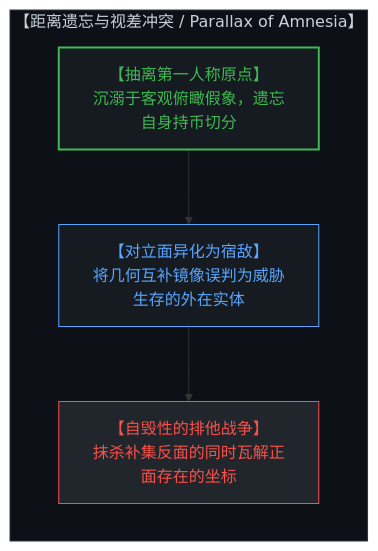
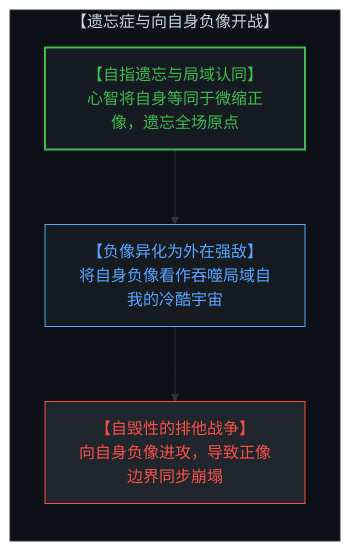
The fifth of 6 diagrams in content/posts/the-geometry-of-coexistence-and-the-dual-cut.md (powerpig99/not-a-toe), drawn with Mermaid before and after one commit. The commit also changed other lines of this file and 3 other files, not shown here.

````diff
--- a/content/posts/the-geometry-of-coexistence-and-the-dual-cut.md
+++ b/content/posts/the-geometry-of-coexistence-and-the-dual-cut.md
@@ -125,15 +125,15 @@
 ```mermaid
 graph TD
-    subgraph ParallaxAmnesia["【距离遗忘与视差冲突 / Parallax of Amnesia】"]
+    subgraph ParallaxAmnesia["【遗忘症与向自身负像开战】"]
         direction TB
-        DetachedAmnesia["【抽离第一人称原点】<br>沉溺于客观俯瞰假象，遗忘自身持币切分"]
-        AlienatedDual["【对立面异化为宿敌】<br>将几何互补镜像误判为威胁生存的外在实体"]
-        ZeroSumWar["【自毁性的排他战争】<br>抹杀补集反面的同时瓦解正面存在的坐标"]
+        DetachedAmnesia["【自指遗忘与局域认同】<br>心智将自身等同于微缩正像，遗忘全场原点"]
+        AlienatedDual["【负像异化为外在强敌】<br>将自身负像看作吞噬局域自我的冷酷宇宙"]
+        ZeroSumWar["【自毁性的排他战争】<br>向自身负像进攻，导致正像边界同步崩塌"]
         DetachedAmnesia --> AlienatedDual
         AlienatedDual --> ZeroSumWar
     end
     style ParallaxAmnesia fill:#0d1117,stroke:#30363d,stroke-width:1px,color:#c9d1d9
     style DetachedAmnesia fill:#161b22,stroke:#3fb950,stroke-width:2px,color:#3fb950
     style AlienatedDual fill:#161b22,stroke:#58a6ff,stroke-width:1px,color:#58a6ff
     style ZeroSumWar fill:#21262d,stroke:#f85149,stroke-width:1px,color:#f85149
 ```
````
